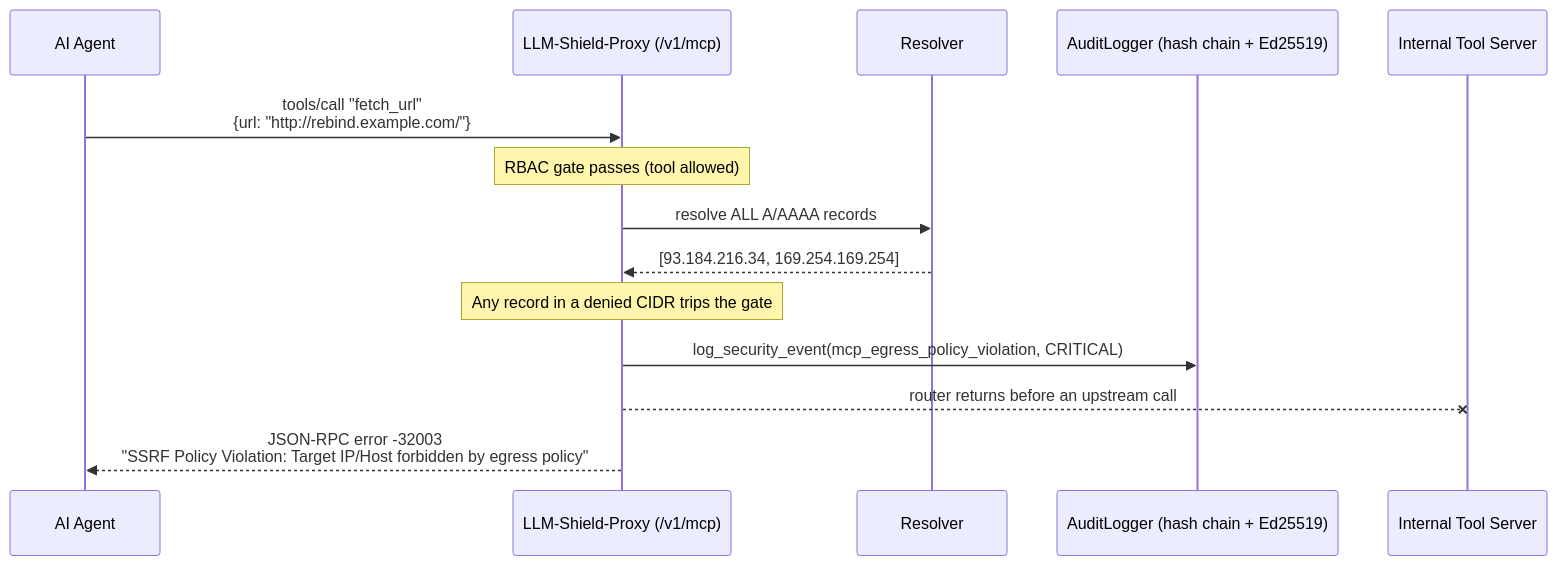
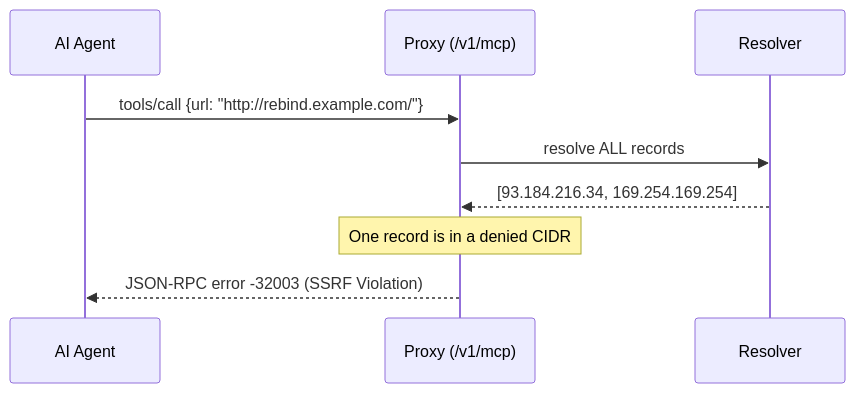
Before and after one commit to ninadphalak/LLM-Shield-Proxy: the diagram in website/docs/features/secure-infrastructure-service-mesh/ssrf-dns-rebinding-egress-firewall.md, drawn with Mermaid. The commit also changed other lines of this file and 94 other files, not shown here.

````diff
--- a/website/docs/features/secure-infrastructure-service-mesh/ssrf-dns-rebinding-egress-firewall.md
+++ b/website/docs/features/secure-infrastructure-service-mesh/ssrf-dns-rebinding-egress-firewall.md
@@ -65,17 +16,12 @@
 ```mermaid
 sequenceDiagram
     participant Agent as AI Agent
-    participant Shield as LLM-Shield-Proxy (/v1/mcp)
+    participant Shield as Proxy (/v1/mcp)
     participant DNS as Resolver
-    participant Audit as AuditLogger (hash chain + Ed25519)
-    participant Tool as Internal Tool Server
-
-    Agent->>Shield: tools/call "fetch_url"<br/>{url: "http://rebind.example.com/"}
-    Note over Shield: RBAC gate passes (tool allowed)
-    Shield->>DNS: resolve ALL A/AAAA records
+    
+    Agent->>Shield: tools/call {url: "http://rebind.example.com/"}
+    Shield->>DNS: resolve ALL records
     DNS-->>Shield: [93.184.216.34, 169.254.169.254]
-    Note over Shield: Any record in a denied CIDR trips the gate
-    Shield->>Audit: log_security_event(mcp_egress_policy_violation, CRITICAL)
-    Shield--xTool: router returns before an upstream call
-    Shield-->>Agent: JSON-RPC error -32003<br/>"SSRF Policy Violation: Target IP/Host forbidden by egress policy"
+    Note over Shield: One record is in a denied CIDR
+    Shield-->>Agent: JSON-RPC error -32003 (SSRF Violation)
 ```
````
